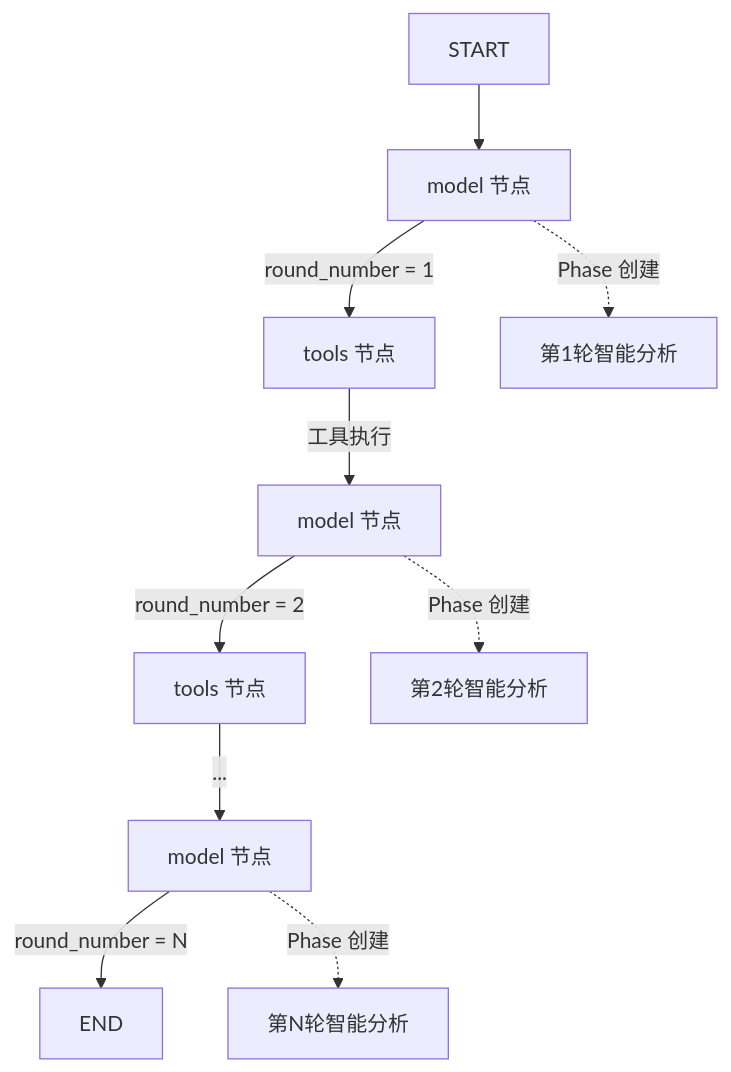
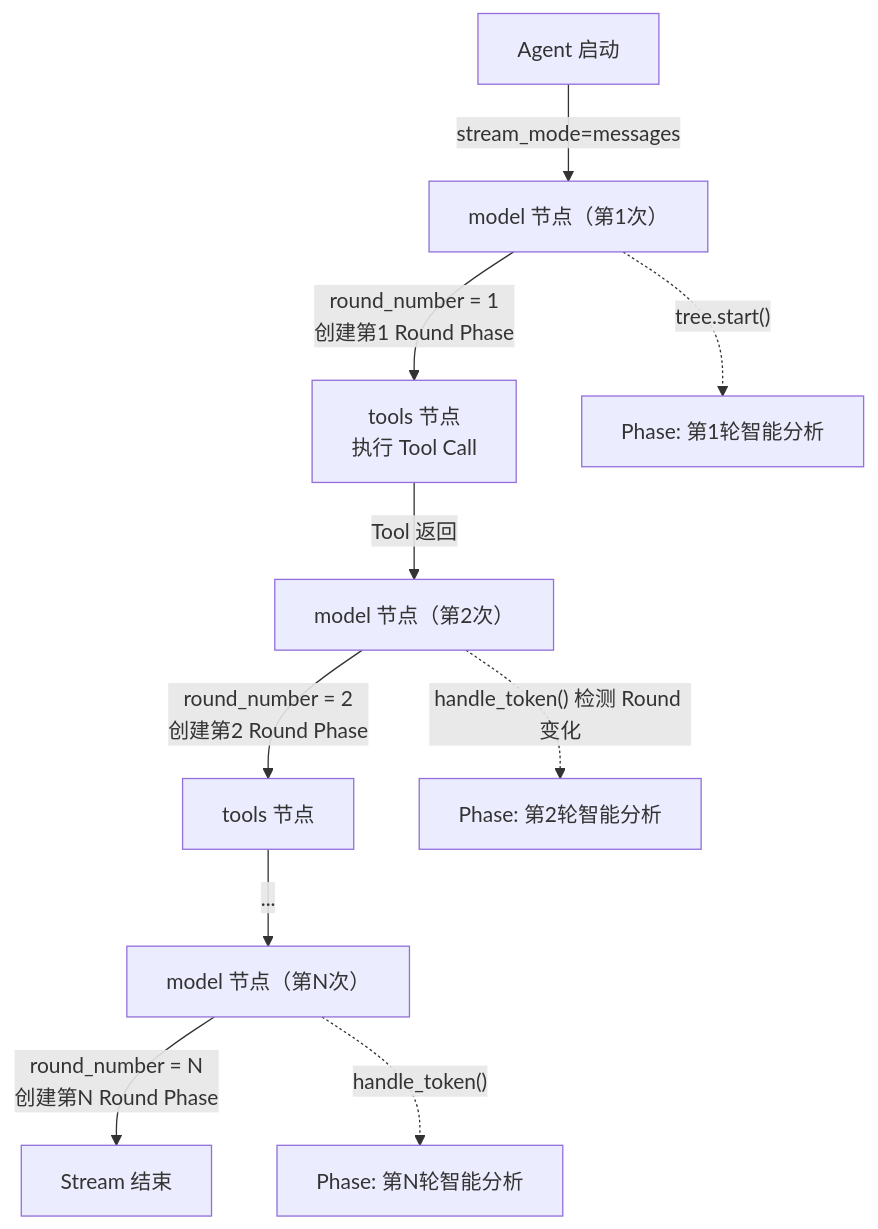
One commit to kangxiaoning/diagnostics changed the fourth of 5 diagrams in README.md. Above: the diagram before and after it, drawn with Mermaid. The commit also changed other lines of this file, not shown here.

Commit message:
docs: 更新README，技术术语保持英文，Mermaid图增加文字说明

````diff
--- a/README.md
+++ b/README.md
@@ -157,13 +166,13 @@
 ```mermaid
 flowchart TD
-    START["START"] --> M1["model 节点"]
-    M1 -->|"round_number = 1"| T1["tools 节点"]
-    T1 -->|"工具执行"| M2["model 节点"]
-    M2 -->|"round_number = 2"| T2["tools 节点"]
-    T2 -->|"..."| MN["model 节点"]
-    MN -->|"round_number = N"| END["END"]
+    START["Agent 启动"] -->|"stream_mode=messages"| M1["model 节点（第1次）"]
+    M1 -->|"round_number = 1<br/>创建第1 Round Phase"| T1["tools 节点<br/>执行 Tool Call"]
+    T1 -->|"Tool 返回"| M2["model 节点（第2次）"]
+    M2 -->|"round_number = 2<br/>创建第2 Round Phase"| T2["tools 节点"]
+    T2 -->|"..."| MN["model 节点（第N次）"]
+    MN -->|"round_number = N<br/>创建第N Round Phase"| END["Stream 结束"]
 
-    M1 -.->|"Phase 创建"| P1["第1轮智能分析"]
-    M2 -.->|"Phase 创建"| P2["第2轮智能分析"]
-    MN -.->|"Phase 创建"| PN["第N轮智能分析"]
+    M1 -.->|"tree.start()"| P1["Phase: 第1轮智能分析"]
+    M2 -.->|"handle_token() 检测 Round 变化"| P2["Phase: 第2轮智能分析"]
+    MN -.->|"handle_token()"| PN["Phase: 第N轮智能分析"]
 ```
````
